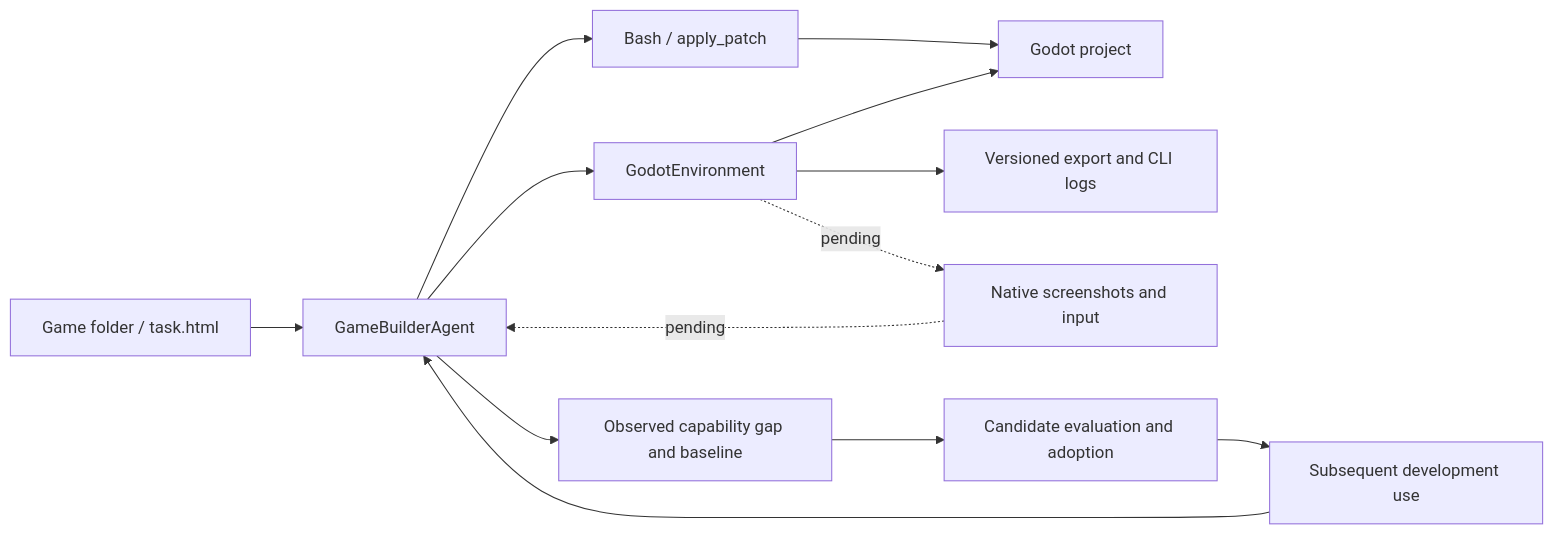
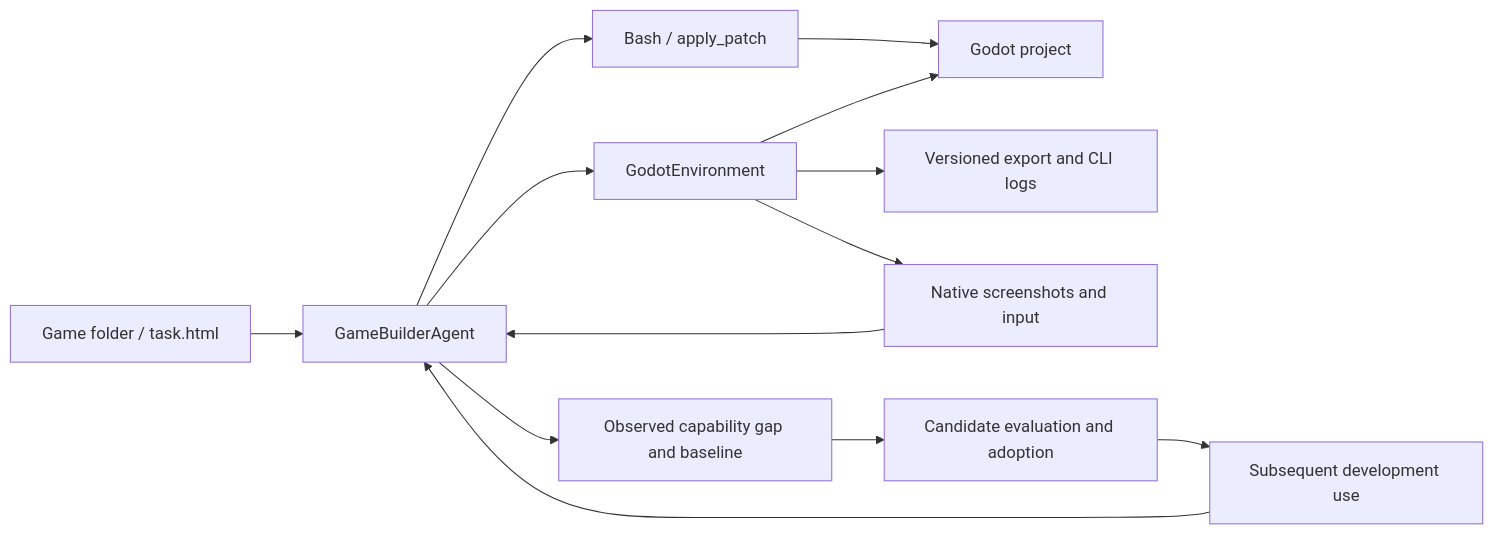
One commit to DVampire/AgentEvolver changed the diagram in examples/tasks/game_development/README.md. Above: the diagram before and after it, drawn with Mermaid. The commit also changed other lines of this file and 17 other files, not shown here.

````diff
--- a/examples/tasks/game_development/README.md
+++ b/examples/tasks/game_development/README.md
@@ -131,15 +124,15 @@
 ```mermaid
 flowchart LR
     T[Game folder / task.html] --> A[GameBuilderAgent]
     A --> W[Bash / apply_patch]
     W --> P[Godot project]
     A --> E[GodotEnvironment]
     E --> P
     E --> X[Versioned export and CLI logs]
-    E -. pending .-> N[Native screenshots and input]
-    N -. pending .-> A
+    E --> N[Native screenshots and input]
+    N --> A
     A --> G[Observed capability gap and baseline]
     G --> C[Candidate evaluation and adoption]
     C --> U[Subsequent development use]
     U --> A
 ```
````
